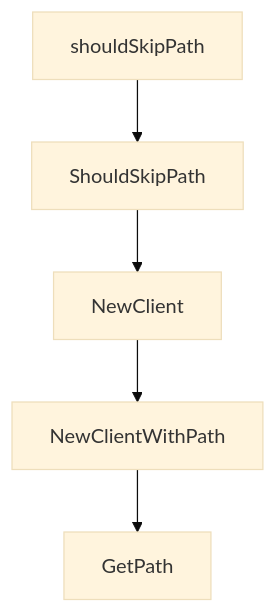
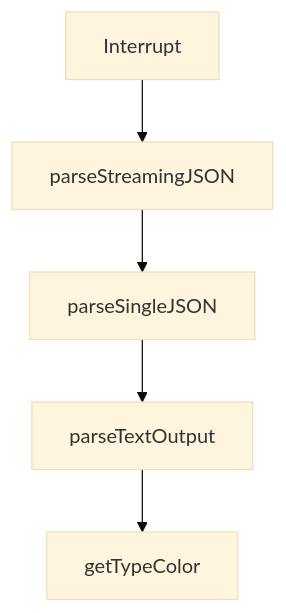
Before and after one commit to johnxie/awesome-code-docs: the diagram in tutorials/humanlayer-tutorial/04-parallel-agent-orchestration.md, drawn with Mermaid (base theme). The commit also changed other lines of this file and 1232 other files, not shown here.

````diff
--- a/tutorials/humanlayer-tutorial/04-parallel-agent-orchestration.md
+++ b/tutorials/humanlayer-tutorial/04-parallel-agent-orchestration.md
@@ -202,12 +200,12 @@
 ```mermaid
 flowchart TD
-    A[shouldSkipPath]
-    B[ShouldSkipPath]
-    C[NewClient]
-    D[NewClientWithPath]
-    E[GetPath]
+    A[Interrupt]
+    B[parseStreamingJSON]
+    C[parseSingleJSON]
+    D[parseTextOutput]
+    E[getTypeColor]
     A --> B
     B --> C
     C --> D
     D --> E
 ```
````
